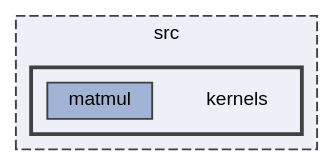
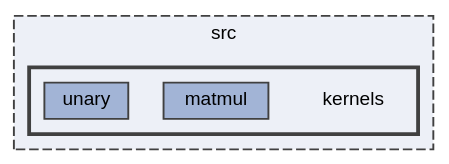
Before and after one commit to Shad00Z/machine-learning-compilers: the diagram in dir_40856f0cdd4bcafd28810d9265a200f7_dep.dot, drawn with Graphviz. The commit also changed 14 other files, not shown here.

```diff
--- a/dir_40856f0cdd4bcafd28810d9265a200f7_dep.dot
+++ b/dir_40856f0cdd4bcafd28810d9265a200f7_dep.dot
@@ -1,16 +1,17 @@
 digraph "/home/runner/work/machine-learning-compilers/machine-learning-compilers/src/kernels"
 {
  // LATEX_PDF_SIZE
   bgcolor="transparent";
   edge [fontname=Helvetica,fontsize=10,labelfontname=Helvetica,labelfontsize=10];
   node [fontname=Helvetica,fontsize=10,shape=box,height=0.2,width=0.4];
   compound=true
   subgraph clusterdir_68267d1309a1af8e8297ef4c3efbcdba {
     graph [ bgcolor="#edf0f7", pencolor="grey25", label="src", fontname=Helvetica,fontsize=10 style="filled,dashed", URL="dir_68267d1309a1af8e8297ef4c3efbcdba.html",tooltip=""]
   subgraph clusterdir_40856f0cdd4bcafd28810d9265a200f7 {
     graph [ bgcolor="#edf0f7", pencolor="grey25", label="", fontname=Helvetica,fontsize=10 style="filled,bold", URL="dir_40856f0cdd4bcafd28810d9265a200f7.html",tooltip=""]
     dir_40856f0cdd4bcafd28810d9265a200f7 [shape=plaintext, label="kernels"];
   dir_fd47011a3c6b8238c82e241c135b8246 [label="matmul", fillcolor="#a2b4d6", color="grey25", style="filled", URL="dir_fd47011a3c6b8238c82e241c135b8246.html",tooltip=""];
+  dir_e0a28dfa8071ea4b636374df08ffb717 [label="unary", fillcolor="#a2b4d6", color="grey25", style="filled", URL="dir_e0a28dfa8071ea4b636374df08ffb717.html",tooltip=""];
   }
   }
 }
```
